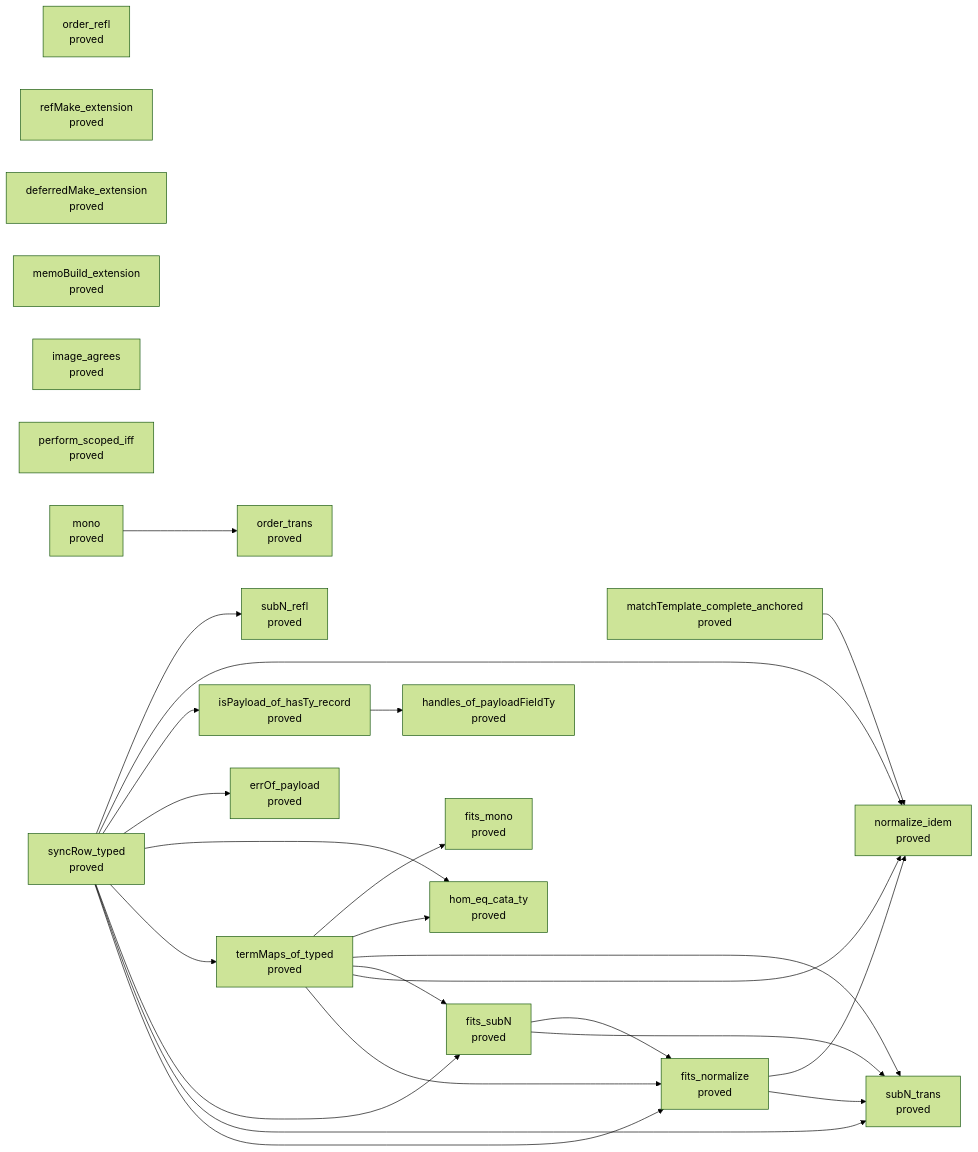
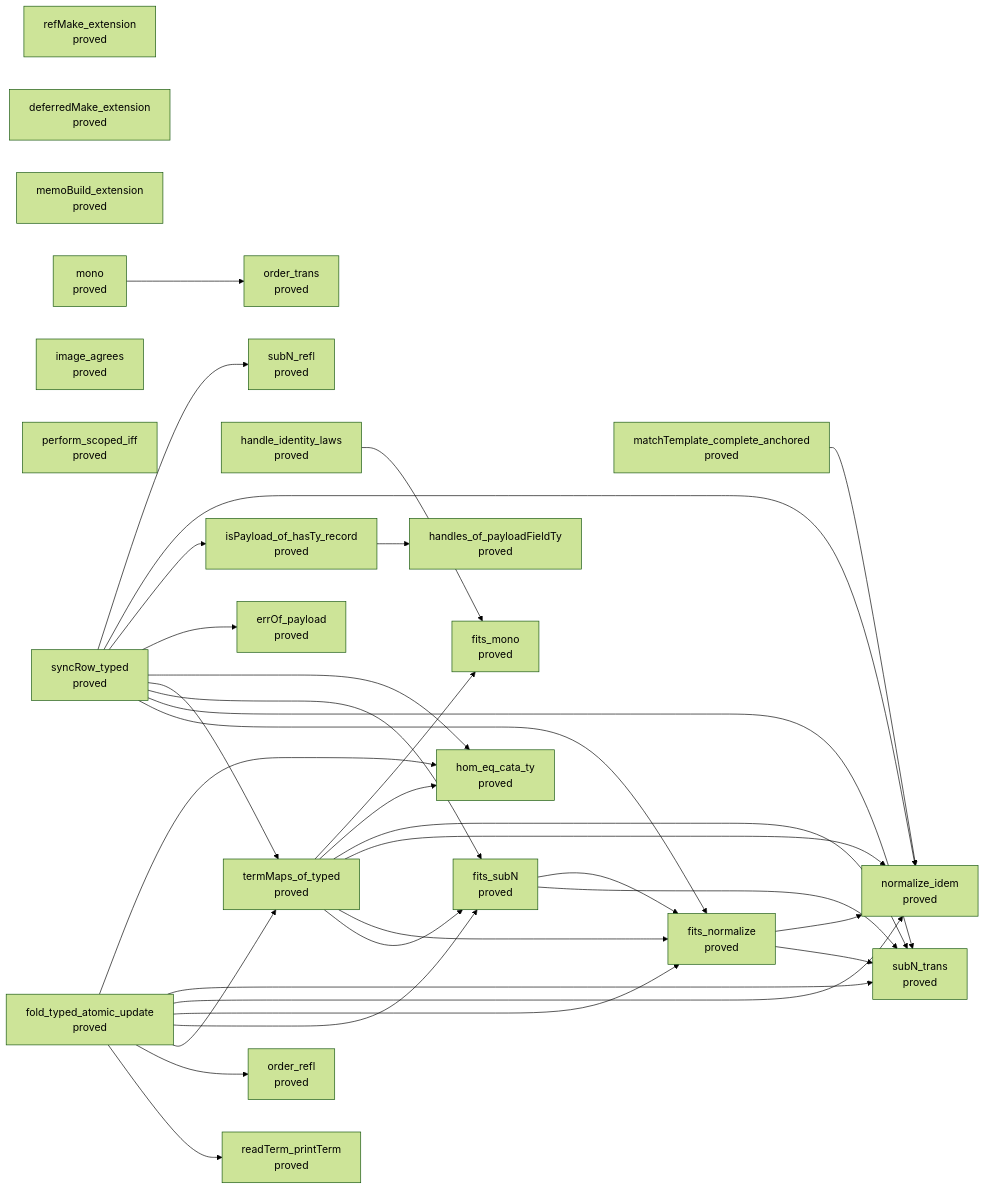
The fourth of 13 diagrams in generated/semantics.md (pure-algebra/lean4-effect4), drawn with Mermaid (forest theme) before and after one commit. The commit also changed other lines of this file and 106 other files, not shown here.

First line of the commit message:
The list fold with two binders, take, drop and sameHandle (seat FOLD, slice B)

````diff
--- a/generated/semantics.md
+++ b/generated/semantics.md
@@ -2006,46 +2026,58 @@
 ```mermaid
 flowchart LR
   n0["order_refl<br/>proved"]
   n1["order_trans<br/>proved"]
   n2["refMake_extension<br/>proved"]
   n3["deferredMake_extension<br/>proved"]
   n4["memoBuild_extension<br/>proved"]
-  n5["image_agrees<br/>proved"]
-  n6["perform_scoped_iff<br/>proved"]
-  n7["matchTemplate_complete_anchored<br/>proved"]
-  n8["mono<br/>proved"]
-  n9["syncRow_typed<br/>proved"]
-  n10["termMaps_of_typed<br/>proved"]
-  n11["normalize_idem<br/>proved"]
-  n12["fits_normalize<br/>proved"]
-  n13["subN_trans<br/>proved"]
+  n5["fold_typed_atomic_update<br/>proved"]
+  n6["handle_identity_laws<br/>proved"]
+  n7["image_agrees<br/>proved"]
+  n8["perform_scoped_iff<br/>proved"]
+  n9["matchTemplate_complete_anchored<br/>proved"]
+  n10["mono<br/>proved"]
+  n11["syncRow_typed<br/>proved"]
+  n12["termMaps_of_typed<br/>proved"]
+  n13["readTerm_printTerm<br/>proved"]
   n14["fits_subN<br/>proved"]
-  n15["hom_eq_cata_ty<br/>proved"]
-  n16["errOf_payload<br/>proved"]
-  n17["isPayload_of_hasTy_record<br/>proved"]
-  n18["subN_refl<br/>proved"]
+  n15["fits_normalize<br/>proved"]
+  n16["normalize_idem<br/>proved"]
+  n17["subN_trans<br/>proved"]
+  n18["hom_eq_cata_ty<br/>proved"]
   n19["fits_mono<br/>proved"]
-  n20["handles_of_payloadFieldTy<br/>proved"]
-  n7 --> n11
-  n8 --> n1
-  n9 --> n12
-  n9 --> n13
-  n9 --> n14
-  n9 --> n10
-  n9 --> n15
+  n20["errOf_payload<br/>proved"]
+  n21["isPayload_of_hasTy_record<br/>proved"]
+  n22["subN_refl<br/>proved"]
+  n23["handles_of_payloadFieldTy<br/>proved"]
+  n5 --> n13
+  n5 --> n0
+  n5 --> n12
+  n5 --> n14
+  n5 --> n15
+  n5 --> n16
+  n5 --> n17
+  n5 --> n18
+  n6 --> n19
   n9 --> n16
-  n9 --> n17
-  n9 --> n11
-  n9 --> n18
-  n10 --> n12
-  n10 --> n11
-  n10 --> n14
-  n10 --> n13
-  n10 --> n15
-  n10 --> n19
-  n12 --> n13
-  n12 --> n11
-  n14 --> n13
-  n14 --> n12
-  n17 --> n20
+  n10 --> n1
+  n11 --> n15
+  n11 --> n17
+  n11 --> n14
+  n11 --> n12
+  n11 --> n18
+  n11 --> n20
+  n11 --> n21
+  n11 --> n16
+  n11 --> n22
+  n12 --> n14
+  n12 --> n15
+  n12 --> n16
+  n12 --> n17
+  n12 --> n18
+  n12 --> n19
+  n14 --> n17
+  n14 --> n15
+  n15 --> n17
+  n15 --> n16
+  n21 --> n23
 ```
````
